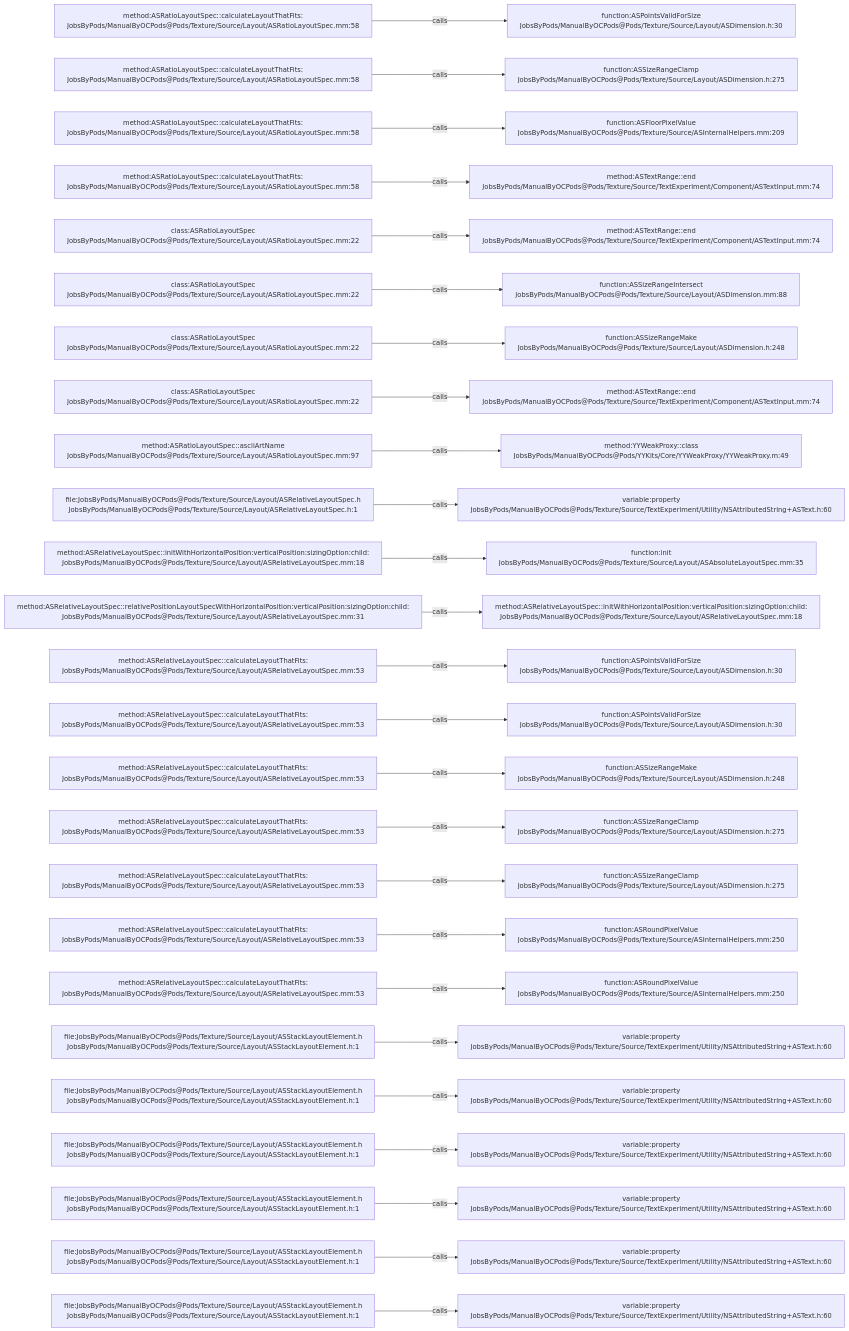
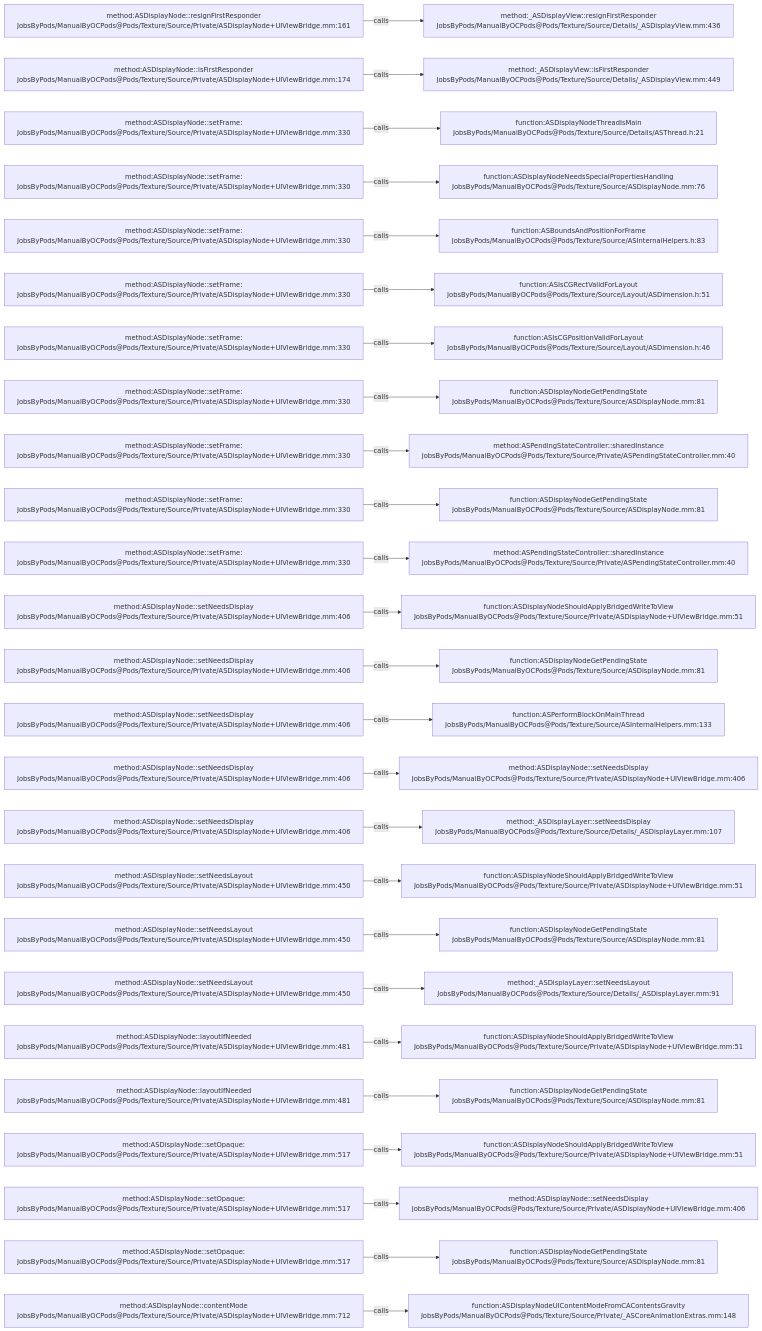
One commit to JobsKits/JobsOCBaseConfigDemo changed the diagram in .codegraph/codegraph.md/graphs/calls-180.md. Above: the diagram before and after it, drawn with Mermaid. The commit also changed 1448 other files, not shown here.

````diff
--- a/.codegraph/codegraph.md/graphs/calls-180.md
+++ b/.codegraph/codegraph.md/graphs/calls-180.md
@@ -13,78 +13,78 @@
 ```mermaid
 flowchart LR
-  S1["method:ASRatioLayoutSpec::calculateLayoutThatFits:<br/>JobsByPods/ManualByOCPods@Pods/Texture/Source/Layout/ASRatioLayoutSpec.mm:58"]
-  T1["function:ASPointsValidForSize<br/>JobsByPods/ManualByOCPods@Pods/Texture/Source/Layout/ASDimension.h:30"]
+  S1["method:ASDisplayNode::resignFirstResponder<br/>JobsByPods/ManualByOCPods@Pods/Texture/Source/Private/ASDisplayNode+UIViewBridge.mm:161"]
+  T1["method:_ASDisplayView::resignFirstResponder<br/>JobsByPods/ManualByOCPods@Pods/Texture/Source/Details/_ASDisplayView.mm:436"]
   S1 -->|calls| T1
-  S2["method:ASRatioLayoutSpec::calculateLayoutThatFits:<br/>JobsByPods/ManualByOCPods@Pods/Texture/Source/Layout/ASRatioLayoutSpec.mm:58"]
-  T2["function:ASSizeRangeClamp<br/>JobsByPods/ManualByOCPods@Pods/Texture/Source/Layout/ASDimension.h:275"]
+  S2["method:ASDisplayNode::isFirstResponder<br/>JobsByPods/ManualByOCPods@Pods/Texture/Source/Private/ASDisplayNode+UIViewBridge.mm:174"]
+  T2["method:_ASDisplayView::isFirstResponder<br/>JobsByPods/ManualByOCPods@Pods/Texture/Source/Details/_ASDisplayView.mm:449"]
   S2 -->|calls| T2
-  S3["method:ASRatioLayoutSpec::calculateLayoutThatFits:<br/>JobsByPods/ManualByOCPods@Pods/Texture/Source/Layout/ASRatioLayoutSpec.mm:58"]
-  T3["function:ASFloorPixelValue<br/>JobsByPods/ManualByOCPods@Pods/Texture/Source/ASInternalHelpers.mm:209"]
+  S3["method:ASDisplayNode::setFrame:<br/>JobsByPods/ManualByOCPods@Pods/Texture/Source/Private/ASDisplayNode+UIViewBridge.mm:330"]
+  T3["function:ASDisplayNodeThreadIsMain<br/>JobsByPods/ManualByOCPods@Pods/Texture/Source/Details/ASThread.h:21"]
   S3 -->|calls| T3
-  S4["method:ASRatioLayoutSpec::calculateLayoutThatFits:<br/>JobsByPods/ManualByOCPods@Pods/Texture/Source/Layout/ASRatioLayoutSpec.mm:58"]
-  T4["method:ASTextRange::end<br/>JobsByPods/ManualByOCPods@Pods/Texture/Source/TextExperiment/Component/ASTextInput.mm:74"]
+  S4["method:ASDisplayNode::setFrame:<br/>JobsByPods/ManualByOCPods@Pods/Texture/Source/Private/ASDisplayNode+UIViewBridge.mm:330"]
+  T4["function:ASDisplayNodeNeedsSpecialPropertiesHandling<br/>JobsByPods/ManualByOCPods@Pods/Texture/Source/ASDisplayNode.mm:76"]
   S4 -->|calls| T4
-  S5["class:ASRatioLayoutSpec<br/>JobsByPods/ManualByOCPods@Pods/Texture/Source/Layout/ASRatioLayoutSpec.mm:22"]
-  T5["method:ASTextRange::end<br/>JobsByPods/ManualByOCPods@Pods/Texture/Source/TextExperiment/Component/ASTextInput.mm:74"]
+  S5["method:ASDisplayNode::setFrame:<br/>JobsByPods/ManualByOCPods@Pods/Texture/Source/Private/ASDisplayNode+UIViewBridge.mm:330"]
+  T5["function:ASBoundsAndPositionForFrame<br/>JobsByPods/ManualByOCPods@Pods/Texture/Source/ASInternalHelpers.h:83"]
   S5 -->|calls| T5
-  S6["class:ASRatioLayoutSpec<br/>JobsByPods/ManualByOCPods@Pods/Texture/Source/Layout/ASRatioLayoutSpec.mm:22"]
-  T6["function:ASSizeRangeIntersect<br/>JobsByPods/ManualByOCPods@Pods/Texture/Source/Layout/ASDimension.mm:88"]
+  S6["method:ASDisplayNode::setFrame:<br/>JobsByPods/ManualByOCPods@Pods/Texture/Source/Private/ASDisplayNode+UIViewBridge.mm:330"]
+  T6["function:ASIsCGRectValidForLayout<br/>JobsByPods/ManualByOCPods@Pods/Texture/Source/Layout/ASDimension.h:51"]
   S6 -->|calls| T6
-  S7["class:ASRatioLayoutSpec<br/>JobsByPods/ManualByOCPods@Pods/Texture/Source/Layout/ASRatioLayoutSpec.mm:22"]
-  T7["function:ASSizeRangeMake<br/>JobsByPods/ManualByOCPods@Pods/Texture/Source/Layout/ASDimension.h:248"]
+  S7["method:ASDisplayNode::setFrame:<br/>JobsByPods/ManualByOCPods@Pods/Texture/Source/Private/ASDisplayNode+UIViewBridge.mm:330"]
+  T7["function:ASIsCGPositionValidForLayout<br/>JobsByPods/ManualByOCPods@Pods/Texture/Source/Layout/ASDimension.h:46"]
   S7 -->|calls| T7
-  S8["class:ASRatioLayoutSpec<br/>JobsByPods/ManualByOCPods@Pods/Texture/Source/Layout/ASRatioLayoutSpec.mm:22"]
-  T8["method:ASTextRange::end<br/>JobsByPods/ManualByOCPods@Pods/Texture/Source/TextExperiment/Component/ASTextInput.mm:74"]
+  S8["method:ASDisplayNode::setFrame:<br/>JobsByPods/ManualByOCPods@Pods/Texture/Source/Private/ASDisplayNode+UIViewBridge.mm:330"]
+  T8["function:ASDisplayNodeGetPendingState<br/>JobsByPods/ManualByOCPods@Pods/Texture/Source/ASDisplayNode.mm:81"]
   S8 -->|calls| T8
-  S9["method:ASRatioLayoutSpec::asciiArtName<br/>JobsByPods/ManualByOCPods@Pods/Texture/Source/Layout/ASRatioLayoutSpec.mm:97"]
-  T9["method:YYWeakProxy::class<br/>JobsByPods/ManualByOCPods@Pods/YYKits/Core/YYWeakProxy/YYWeakProxy.m:49"]
+  S9["method:ASDisplayNode::setFrame:<br/>JobsByPods/ManualByOCPods@Pods/Texture/Source/Private/ASDisplayNode+UIViewBridge.mm:330"]
+  T9["method:ASPendingStateController::sharedInstance<br/>JobsByPods/ManualByOCPods@Pods/Texture/Source/Private/ASPendingStateController.mm:40"]
   S9 -->|calls| T9
-  S10["file:JobsByPods/ManualByOCPods@Pods/Texture/Source/Layout/ASRelativeLayoutSpec.h<br/>JobsByPods/ManualByOCPods@Pods/Texture/Source/Layout/ASRelativeLayoutSpec.h:1"]
-  T10["variable:property<br/>JobsByPods/ManualByOCPods@Pods/Texture/Source/TextExperiment/Utility/NSAttributedString+ASText.h:60"]
+  S10["method:ASDisplayNode::setFrame:<br/>JobsByPods/ManualByOCPods@Pods/Texture/Source/Private/ASDisplayNode+UIViewBridge.mm:330"]
+  T10["function:ASDisplayNodeGetPendingState<br/>JobsByPods/ManualByOCPods@Pods/Texture/Source/ASDisplayNode.mm:81"]
   S10 -->|calls| T10
-  S11["method:ASRelativeLayoutSpec::initWithHorizontalPosition:verticalPosition:sizingOption:child:<br/>JobsByPods/ManualByOCPods@Pods/Texture/Source/Layout/ASRelativeLayoutSpec.mm:18"]
-  T11["function:init<br/>JobsByPods/ManualByOCPods@Pods/Texture/Source/Layout/ASAbsoluteLayoutSpec.mm:35"]
+  S11["method:ASDisplayNode::setFrame:<br/>JobsByPods/ManualByOCPods@Pods/Texture/Source/Private/ASDisplayNode+UIViewBridge.mm:330"]
+  T11["method:ASPendingStateController::sharedInstance<br/>JobsByPods/ManualByOCPods@Pods/Texture/Source/Private/ASPendingStateController.mm:40"]
   S11 -->|calls| T11
-  S12["method:ASRelativeLayoutSpec::relativePositionLayoutSpecWithHorizontalPosition:verticalPosition:sizingOption:child:<br/>JobsByPods/ManualByOCPods@Pods/Texture/Source/Layout/ASRelativeLayoutSpec.mm:31"]
-  T12["method:ASRelativeLayoutSpec::initWithHorizontalPosition:verticalPosition:sizingOption:child:<br/>JobsByPods/ManualByOCPods@Pods/Texture/Source/Layout/ASRelativeLayoutSpec.mm:18"]
+  S12["method:ASDisplayNode::setNeedsDisplay<br/>JobsByPods/ManualByOCPods@Pods/Texture/Source/Private/ASDisplayNode+UIViewBridge.mm:406"]
+  T12["function:ASDisplayNodeShouldApplyBridgedWriteToView<br/>JobsByPods/ManualByOCPods@Pods/Texture/Source/Private/ASDisplayNode+UIViewBridge.mm:51"]
   S12 -->|calls| T12
-  S13["method:ASRelativeLayoutSpec::calculateLayoutThatFits:<br/>JobsByPods/ManualByOCPods@Pods/Texture/Source/Layout/ASRelativeLayoutSpec.mm:53"]
-  T13["function:ASPointsValidForSize<br/>JobsByPods/ManualByOCPods@Pods/Texture/Source/Layout/ASDimension.h:30"]
+  S13["method:ASDisplayNode::setNeedsDisplay<br/>JobsByPods/ManualByOCPods@Pods/Texture/Source/Private/ASDisplayNode+UIViewBridge.mm:406"]
+  T13["function:ASDisplayNodeGetPendingState<br/>JobsByPods/ManualByOCPods@Pods/Texture/Source/ASDisplayNode.mm:81"]
   S13 -->|calls| T13
-  S14["method:ASRelativeLayoutSpec::calculateLayoutThatFits:<br/>JobsByPods/ManualByOCPods@Pods/Texture/Source/Layout/ASRelativeLayoutSpec.mm:53"]
-  T14["function:ASPointsValidForSize<br/>JobsByPods/ManualByOCPods@Pods/Texture/Source/Layout/ASDimension.h:30"]
+  S14["method:ASDisplayNode::setNeedsDisplay<br/>JobsByPods/ManualByOCPods@Pods/Texture/Source/Private/ASDisplayNode+UIViewBridge.mm:406"]
+  T14["function:ASPerformBlockOnMainThread<br/>JobsByPods/ManualByOCPods@Pods/Texture/Source/ASInternalHelpers.mm:133"]
   S14 -->|calls| T14
-  S15["method:ASRelativeLayoutSpec::calculateLayoutThatFits:<br/>JobsByPods/ManualByOCPods@Pods/Texture/Source/Layout/ASRelativeLayoutSpec.mm:53"]
-  T15["function:ASSizeRangeMake<br/>JobsByPods/ManualByOCPods@Pods/Texture/Source/Layout/ASDimension.h:248"]
+  S15["method:ASDisplayNode::setNeedsDisplay<br/>JobsByPods/ManualByOCPods@Pods/Texture/Source/Private/ASDisplayNode+UIViewBridge.mm:406"]
+  T15["method:ASDisplayNode::setNeedsDisplay<br/>JobsByPods/ManualByOCPods@Pods/Texture/Source/Private/ASDisplayNode+UIViewBridge.mm:406"]
   S15 -->|calls| T15
-  S16["method:ASRelativeLayoutSpec::calculateLayoutThatFits:<br/>JobsByPods/ManualByOCPods@Pods/Texture/Source/Layout/ASRelativeLayoutSpec.mm:53"]
-  T16["function:ASSizeRangeClamp<br/>JobsByPods/ManualByOCPods@Pods/Texture/Source/Layout/ASDimension.h:275"]
+  S16["method:ASDisplayNode::setNeedsDisplay<br/>JobsByPods/ManualByOCPods@Pods/Texture/Source/Private/ASDisplayNode+UIViewBridge.mm:406"]
+  T16["method:_ASDisplayLayer::setNeedsDisplay<br/>JobsByPods/ManualByOCPods@Pods/Texture/Source/Details/_ASDisplayLayer.mm:107"]
   S16 -->|calls| T16
-  S17["method:ASRelativeLayoutSpec::calculateLayoutThatFits:<br/>JobsByPods/ManualByOCPods@Pods/Texture/Source/Layout/ASRelativeLayoutSpec.mm:53"]
-  T17["function:ASSizeRangeClamp<br/>JobsByPods/ManualByOCPods@Pods/Texture/Source/Layout/ASDimension.h:275"]
+  S17["method:ASDisplayNode::setNeedsLayout<br/>JobsByPods/ManualByOCPods@Pods/Texture/Source/Private/ASDisplayNode+UIViewBridge.mm:450"]
+  T17["function:ASDisplayNodeShouldApplyBridgedWriteToView<br/>JobsByPods/ManualByOCPods@Pods/Texture/Source/Private/ASDisplayNode+UIViewBridge.mm:51"]
   S17 -->|calls| T17
-  S18["method:ASRelativeLayoutSpec::calculateLayoutThatFits:<br/>JobsByPods/ManualByOCPods@Pods/Texture/Source/Layout/ASRelativeLayoutSpec.mm:53"]
-  T18["function:ASRoundPixelValue<br/>JobsByPods/ManualByOCPods@Pods/Texture/Source/ASInternalHelpers.mm:250"]
+  S18["method:ASDisplayNode::setNeedsLayout<br/>JobsByPods/ManualByOCPods@Pods/Texture/Source/Private/ASDisplayNode+UIViewBridge.mm:450"]
+  T18["function:ASDisplayNodeGetPendingState<br/>JobsByPods/ManualByOCPods@Pods/Texture/Source/ASDisplayNode.mm:81"]
   S18 -->|calls| T18
-  S19["method:ASRelativeLayoutSpec::calculateLayoutThatFits:<br/>JobsByPods/ManualByOCPods@Pods/Texture/Source/Layout/ASRelativeLayoutSpec.mm:53"]
-  T19["function:ASRoundPixelValue<br/>JobsByPods/ManualByOCPods@Pods/Texture/Source/ASInternalHelpers.mm:250"]
+  S19["method:ASDisplayNode::setNeedsLayout<br/>JobsByPods/ManualByOCPods@Pods/Texture/Source/Private/ASDisplayNode+UIViewBridge.mm:450"]
+  T19["method:_ASDisplayLayer::setNeedsLayout<br/>JobsByPods/ManualByOCPods@Pods/Texture/Source/Details/_ASDisplayLayer.mm:91"]
   S19 -->|calls| T19
-  S20["file:JobsByPods/ManualByOCPods@Pods/Texture/Source/Layout/ASStackLayoutElement.h<br/>JobsByPods/ManualByOCPods@Pods/Texture/Source/Layout/ASStackLayoutElement.h:1"]
-  T20["variable:property<br/>JobsByPods/ManualByOCPods@Pods/Texture/Source/TextExperiment/Utility/NSAttributedString+ASText.h:60"]
+  S20["method:ASDisplayNode::layoutIfNeeded<br/>JobsByPods/ManualByOCPods@Pods/Texture/Source/Private/ASDisplayNode+UIViewBridge.mm:481"]
+  T20["function:ASDisplayNodeShouldApplyBridgedWriteToView<br/>JobsByPods/ManualByOCPods@Pods/Texture/Source/Private/ASDisplayNode+UIViewBridge.mm:51"]
   S20 -->|calls| T20
-  S21["file:JobsByPods/ManualByOCPods@Pods/Texture/Source/Layout/ASStackLayoutElement.h<br/>JobsByPods/ManualByOCPods@Pods/Texture/Source/Layout/ASStackLayoutElement.h:1"]
-  T21["variable:property<br/>JobsByPods/ManualByOCPods@Pods/Texture/Source/TextExperiment/Utility/NSAttributedString+ASText.h:60"]
+  S21["method:ASDisplayNode::layoutIfNeeded<br/>JobsByPods/ManualByOCPods@Pods/Texture/Source/Private/ASDisplayNode+UIViewBridge.mm:481"]
+  T21["function:ASDisplayNodeGetPendingState<br/>JobsByPods/ManualByOCPods@Pods/Texture/Source/ASDisplayNode.mm:81"]
   S21 -->|calls| T21
-  S22["file:JobsByPods/ManualByOCPods@Pods/Texture/Source/Layout/ASStackLayoutElement.h<br/>JobsByPods/ManualByOCPods@Pods/Texture/Source/Layout/ASStackLayoutElement.h:1"]
-  T22["variable:property<br/>JobsByPods/ManualByOCPods@Pods/Texture/Source/TextExperiment/Utility/NSAttributedString+ASText.h:60"]
+  S22["method:ASDisplayNode::setOpaque:<br/>JobsByPods/ManualByOCPods@Pods/Texture/Source/Private/ASDisplayNode+UIViewBridge.mm:517"]
+  T22["function:ASDisplayNodeShouldApplyBridgedWriteToView<br/>JobsByPods/ManualByOCPods@Pods/Texture/Source/Private/ASDisplayNode+UIViewBridge.mm:51"]
   S22 -->|calls| T22
-  S23["file:JobsByPods/ManualByOCPods@Pods/Texture/Source/Layout/ASStackLayoutElement.h<br/>JobsByPods/ManualByOCPods@Pods/Texture/Source/Layout/ASStackLayoutElement.h:1"]
-  T23["variable:property<br/>JobsByPods/ManualByOCPods@Pods/Texture/Source/TextExperiment/Utility/NSAttributedString+ASText.h:60"]
+  S23["method:ASDisplayNode::setOpaque:<br/>JobsByPods/ManualByOCPods@Pods/Texture/Source/Private/ASDisplayNode+UIViewBridge.mm:517"]
+  T23["method:ASDisplayNode::setNeedsDisplay<br/>JobsByPods/ManualByOCPods@Pods/Texture/Source/Private/ASDisplayNode+UIViewBridge.mm:406"]
   S23 -->|calls| T23
-  S24["file:JobsByPods/ManualByOCPods@Pods/Texture/Source/Layout/ASStackLayoutElement.h<br/>JobsByPods/ManualByOCPods@Pods/Texture/Source/Layout/ASStackLayoutElement.h:1"]
-  T24["variable:property<br/>JobsByPods/ManualByOCPods@Pods/Texture/Source/TextExperiment/Utility/NSAttributedString+ASText.h:60"]
+  S24["method:ASDisplayNode::setOpaque:<br/>JobsByPods/ManualByOCPods@Pods/Texture/Source/Private/ASDisplayNode+UIViewBridge.mm:517"]
+  T24["function:ASDisplayNodeGetPendingState<br/>JobsByPods/ManualByOCPods@Pods/Texture/Source/ASDisplayNode.mm:81"]
   S24 -->|calls| T24
-  S25["file:JobsByPods/ManualByOCPods@Pods/Texture/Source/Layout/ASStackLayoutElement.h<br/>JobsByPods/ManualByOCPods@Pods/Texture/Source/Layout/ASStackLayoutElement.h:1"]
-  T25["variable:property<br/>JobsByPods/ManualByOCPods@Pods/Texture/Source/TextExperiment/Utility/NSAttributedString+ASText.h:60"]
+  S25["method:ASDisplayNode::contentMode<br/>JobsByPods/ManualByOCPods@Pods/Texture/Source/Private/ASDisplayNode+UIViewBridge.mm:712"]
+  T25["function:ASDisplayNodeUIContentModeFromCAContentsGravity<br/>JobsByPods/ManualByOCPods@Pods/Texture/Source/Private/_ASCoreAnimationExtras.mm:148"]
   S25 -->|calls| T25
 ```
````
